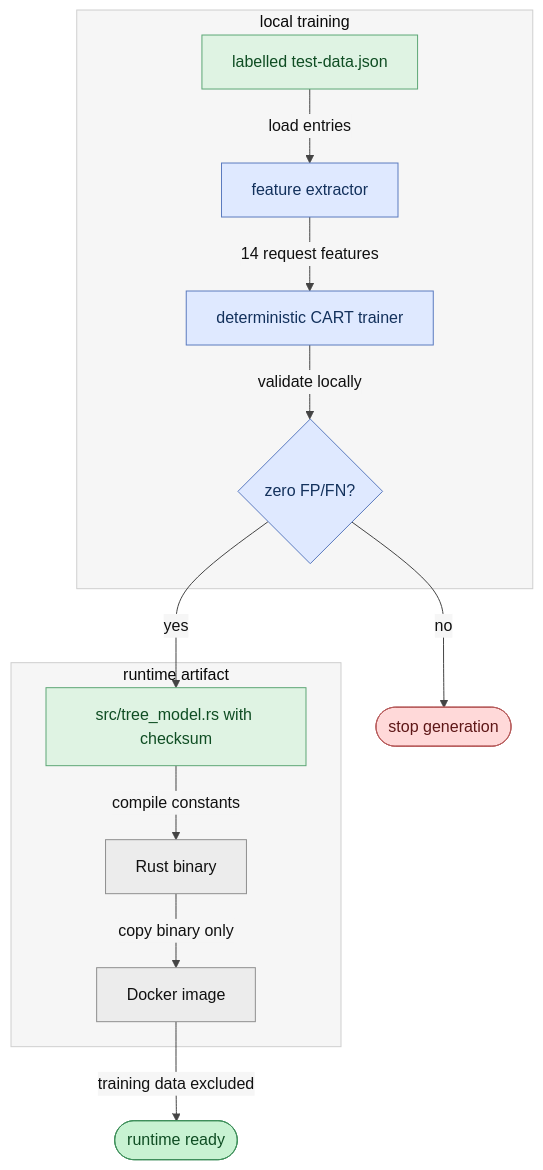
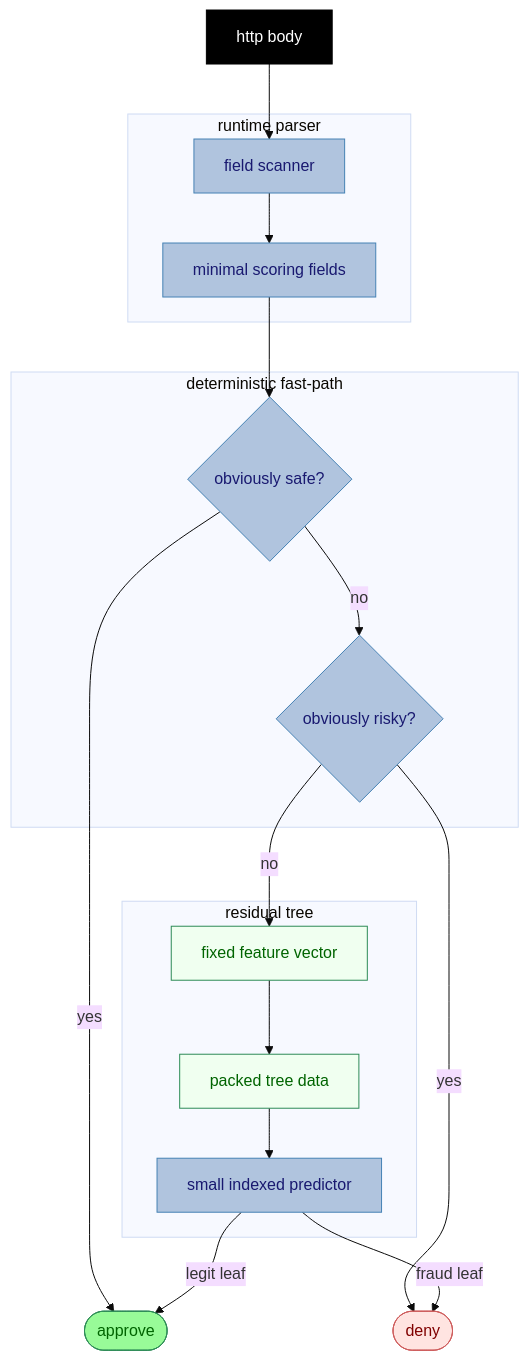
The first of 2 diagrams in README.md (henrycunh/rinha26-rust), drawn with Mermaid before and after one commit. The commit also changed other lines of this file and 6 other files, not shown here.

Commit message:
perf(scoring): split fast path and residual tree

````diff
--- a/README.md
+++ b/README.md
@@ -33,31 +21,42 @@
 ```mermaid
-%%{init: {"theme": "base", "themeVariables": {"fontFamily": "ui-sans-serif, system-ui, sans-serif", "primaryColor": "#ffffff", "primaryTextColor": "#111111", "primaryBorderColor": "#111111", "lineColor": "#444444", "textColor": "#111111", "secondaryColor": "#f6f6f6", "tertiaryColor": "#f6f6f6", "clusterBkg": "#f6f6f6", "clusterBorder": "#cfcfcf"}}}%%
+%%{init: {"theme": "base", "themeVariables": {"fontFamily": "ui-sans-serif, system-ui, sans-serif"}}}%%
 flowchart TB
-  subgraph TRAIN["local training"]
-    DATA["labelled test-data.json"]:::data
-    FEATURES["feature extractor"]:::work
-    TRAINER["deterministic CART trainer"]:::work
-    CHECK{"zero FP/FN?"}:::work
+  REQUEST["http body"]:::actor
+
+  subgraph parser["runtime parser"]
+    SCAN["field scanner"]:::work
+    FIELDS["minimal scoring fields"]:::work
   end
 
-  subgraph ARTIFACT["runtime artifact"]
-    MODEL["src/tree_model.rs with checksum"]:::data
-    BINARY["Rust binary"]:::core
-    IMAGE["Docker image"]:::core
+  subgraph rules["deterministic fast-path"]
+    SAFE{"obviously safe?"}:::work
+    RISKY{"obviously risky?"}:::work
   end
 
-  DATA -->|"load entries"| FEATURES
-  FEATURES -->|"14 request features"| TRAINER
-  TRAINER -->|"validate locally"| CHECK
-  CHECK -->|"yes"| MODEL
-  CHECK -->|"no"| STOP(["stop generation"]):::enderr
-  MODEL -->|"compile constants"| BINARY
-  BINARY -->|"copy binary only"| IMAGE
-  IMAGE -->|"training data excluded"| READY(["runtime ready"]):::endok
+  subgraph residual["residual tree"]
+    FEATURES["fixed feature vector"]:::data
+    MODEL["packed tree data"]:::data
+    WALK["small indexed predictor"]:::work
+  end
 
-  classDef core fill:#ececec,color:#111111,stroke:#8f8f8f,stroke-width:1px
-  classDef work fill:#dfe9ff,color:#13315c,stroke:#5b7bbf,stroke-width:1px
-  classDef data fill:#dff3e3,color:#0f4d23,stroke:#5da776,stroke-width:1px
-  classDef endok fill:#c8f2d2,color:#0f4d23,stroke:#3f8f5b,stroke-width:1px
-  classDef enderr fill:#ffd9d9,color:#5e1717,stroke:#b65b5b,stroke-width:1px
+  APPROVE(["approve"]):::endok
+  DENY(["deny"]):::enderr
+
+  REQUEST --> SCAN
+  SCAN --> FIELDS
+  FIELDS --> SAFE
+  SAFE -->|"yes"| APPROVE
+  SAFE -->|"no"| RISKY
+  RISKY -->|"yes"| DENY
+  RISKY -->|"no"| FEATURES
+  FEATURES --> MODEL
+  MODEL --> WALK
+  WALK -->|"legit leaf"| APPROVE
+  WALK -->|"fraud leaf"| DENY
+
+  classDef actor fill:black,color:white,stroke:black
+  classDef work fill:lightsteelblue,color:midnightblue,stroke:steelblue
+  classDef data fill:honeydew,color:darkgreen,stroke:seagreen
+  classDef endok fill:palegreen,color:darkgreen,stroke:seagreen
+  classDef enderr fill:mistyrose,color:maroon,stroke:indianred
 ```
````
